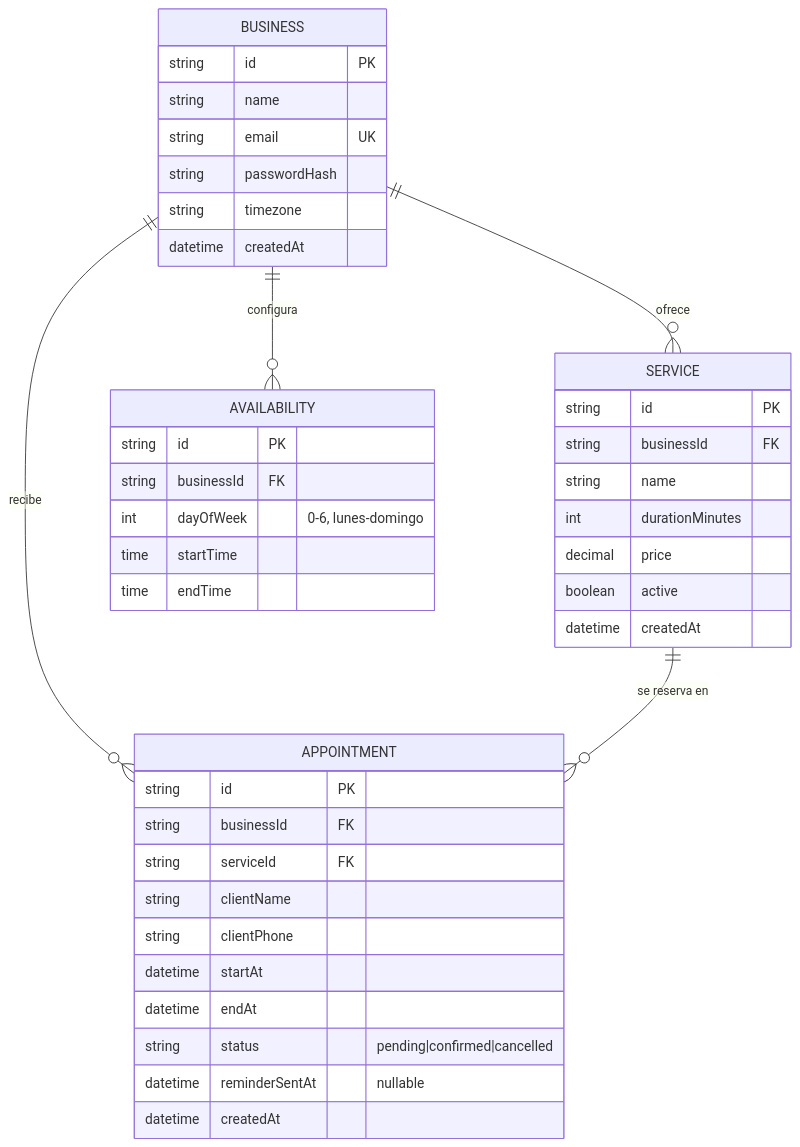
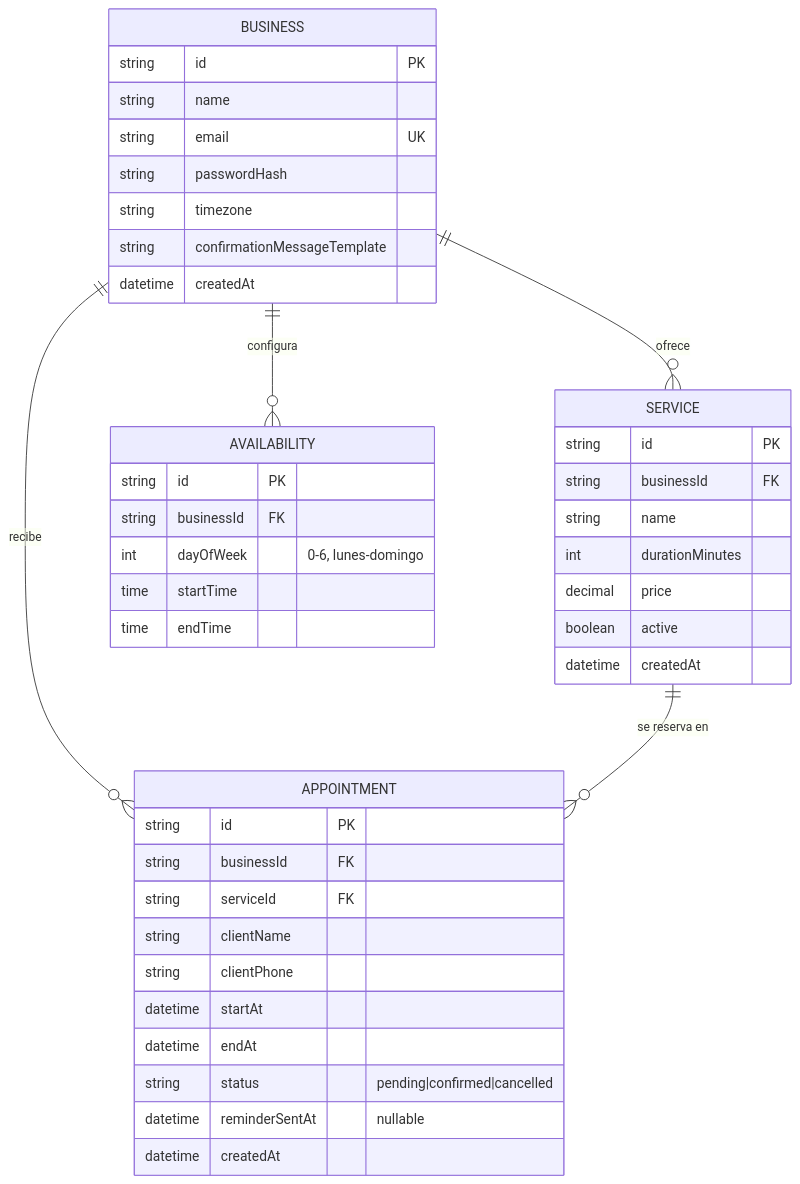
The third of 3 diagrams in readme.md (LIDR-academy-temp/AI4Devs-finalproject), drawn with Mermaid before and after one commit. The commit also changed other lines of this file and 61 other files, not shown here.

````diff
--- a/readme.md
+++ b/readme.md
@@ -217,47 +235,48 @@
 ```mermaid
 erDiagram
     BUSINESS {
         string id PK
         string name
         string email UK
         string passwordHash
         string timezone
+        string confirmationMessageTemplate
         datetime createdAt
     }
 
     SERVICE {
         string id PK
         string businessId FK
         string name
         int durationMinutes
         decimal price
         boolean active
         datetime createdAt
     }
 
     AVAILABILITY {
         string id PK
         string businessId FK
         int dayOfWeek "0-6, lunes-domingo"
         time startTime
         time endTime
     }
 
     APPOINTMENT {
         string id PK
         string businessId FK
         string serviceId FK
         string clientName
         string clientPhone
         datetime startAt
         datetime endAt
         string status "pending|confirmed|cancelled"
         datetime reminderSentAt "nullable"
         datetime createdAt
     }
 
     BUSINESS ||--o{ SERVICE : "ofrece"
     BUSINESS ||--o{ AVAILABILITY : "configura"
     BUSINESS ||--o{ APPOINTMENT : "recibe"
     SERVICE ||--o{ APPOINTMENT : "se reserva en"
 ```
````
